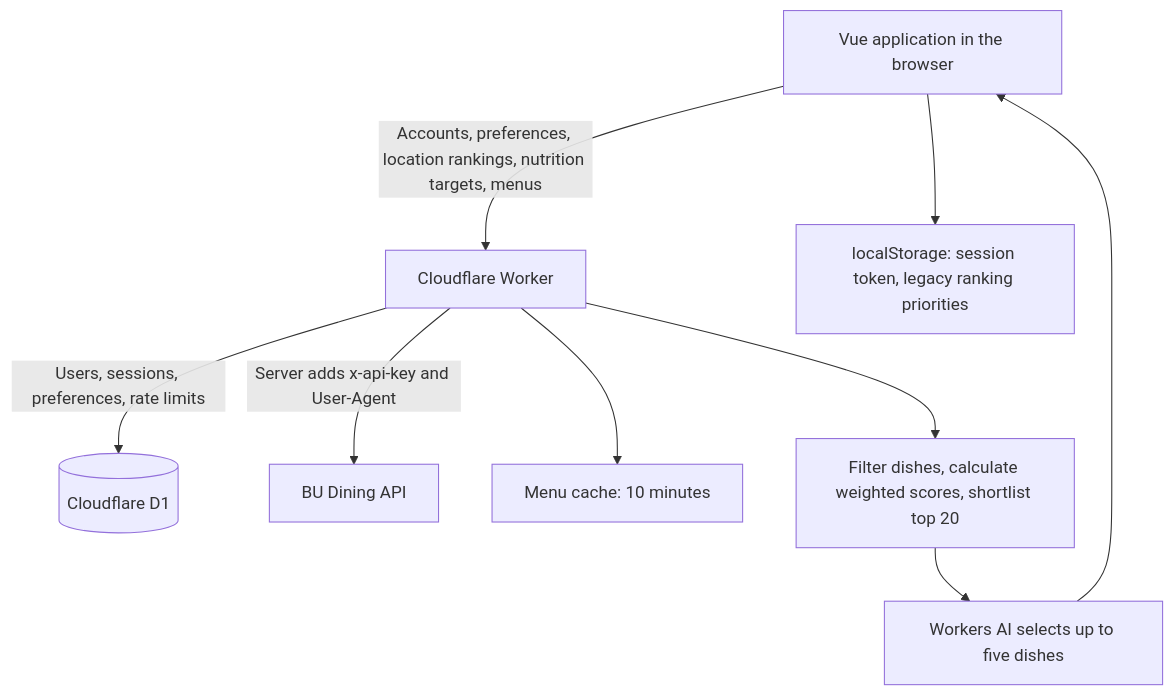
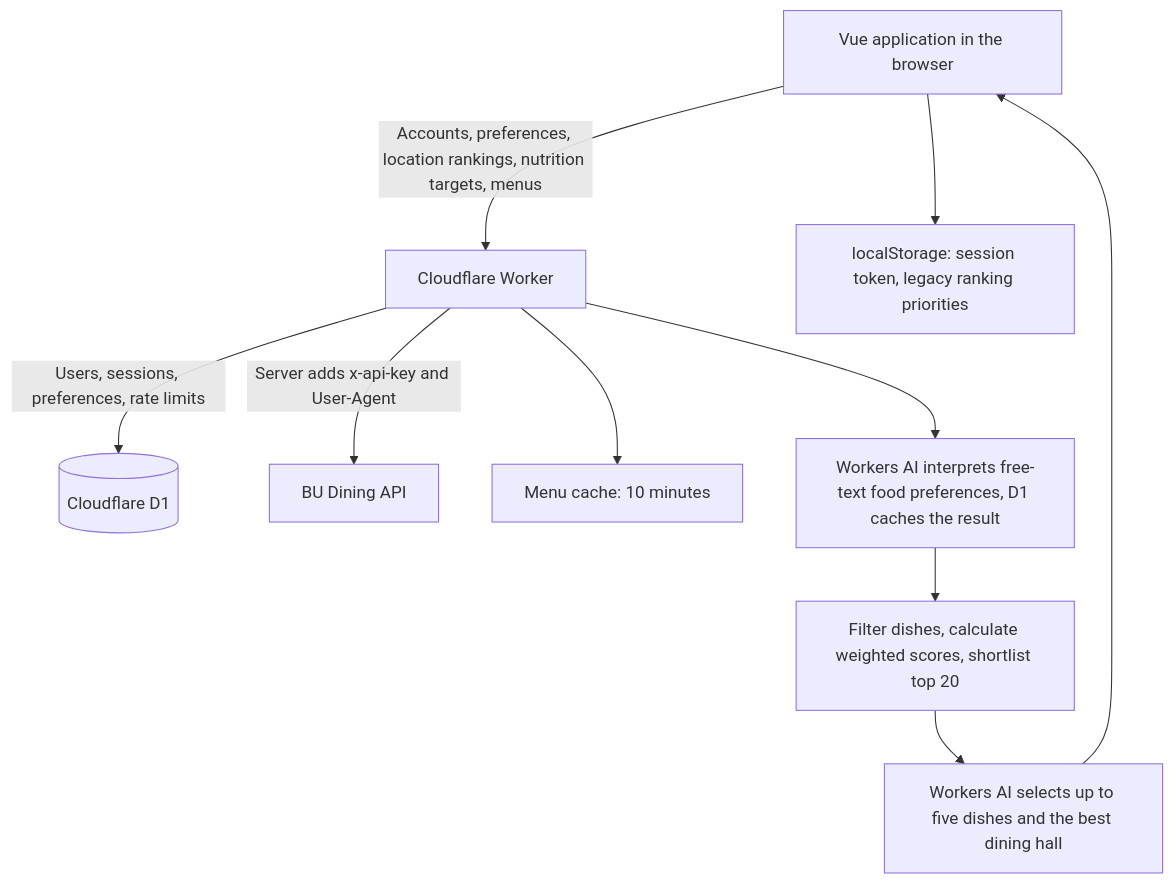
One commit to kamkamkamkjst824/DS-X-Hackathon-Project.github.io changed the diagram in README.md. Above: the diagram before and after it, drawn with Mermaid. The commit also changed other lines of this file and 17 other files, not shown here.

First line of the commit message:
feat: interpret food preferences with Workers AI and choose the best hall

````diff
--- a/README.md
+++ b/README.md
@@ -33,11 +33,12 @@
 ```mermaid
 flowchart TD
     U[Vue application in the browser] -->|Accounts, preferences, location rankings, nutrition targets, menus| W[Cloudflare Worker]
     W -->|Users, sessions, preferences, rate limits| D[(Cloudflare D1)]
     W -->|Server adds x-api-key and User-Agent| B[BU Dining API]
     W --> C[Menu cache: 10 minutes]
     U --> L[localStorage: session token, legacy ranking priorities]
-    W --> R[Filter dishes, calculate weighted scores, shortlist top 20]
-    R --> A[Workers AI selects up to five dishes]
+    W --> I[Workers AI interprets free-text food preferences, D1 caches the result]
+    I --> R[Filter dishes, calculate weighted scores, shortlist top 20]
+    R --> A[Workers AI selects up to five dishes and the best dining hall]
     A --> U
 ```
````
